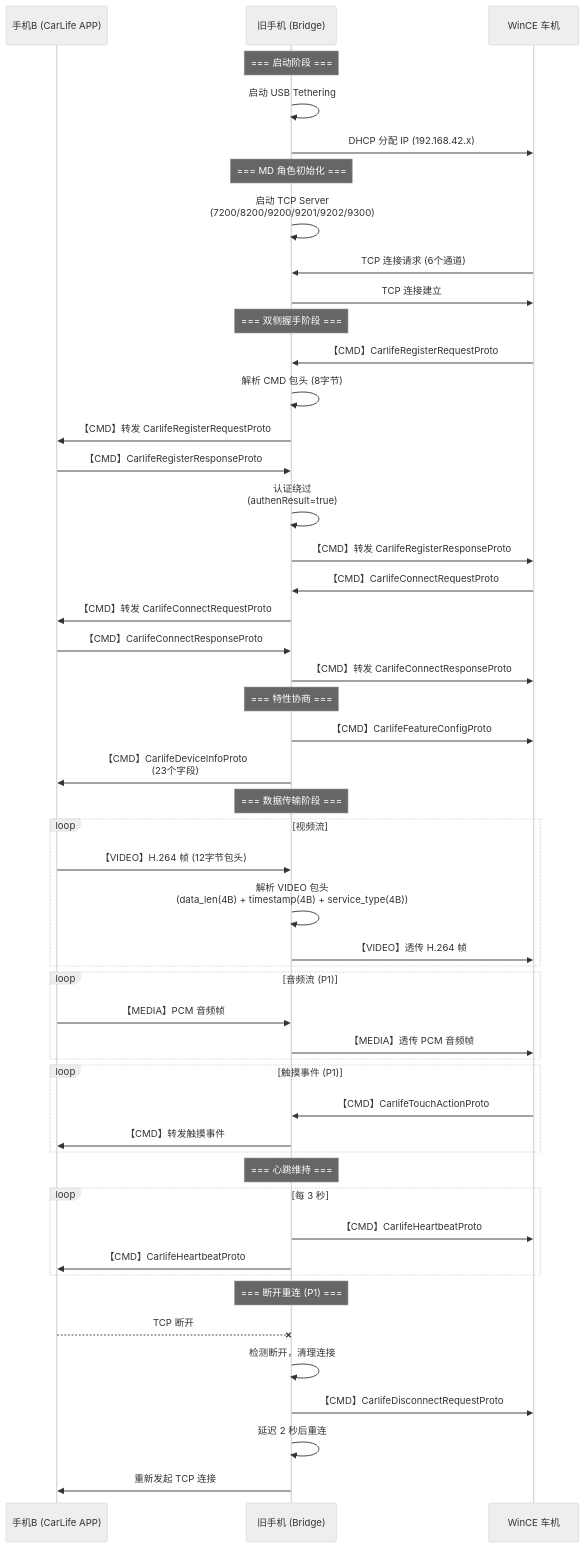
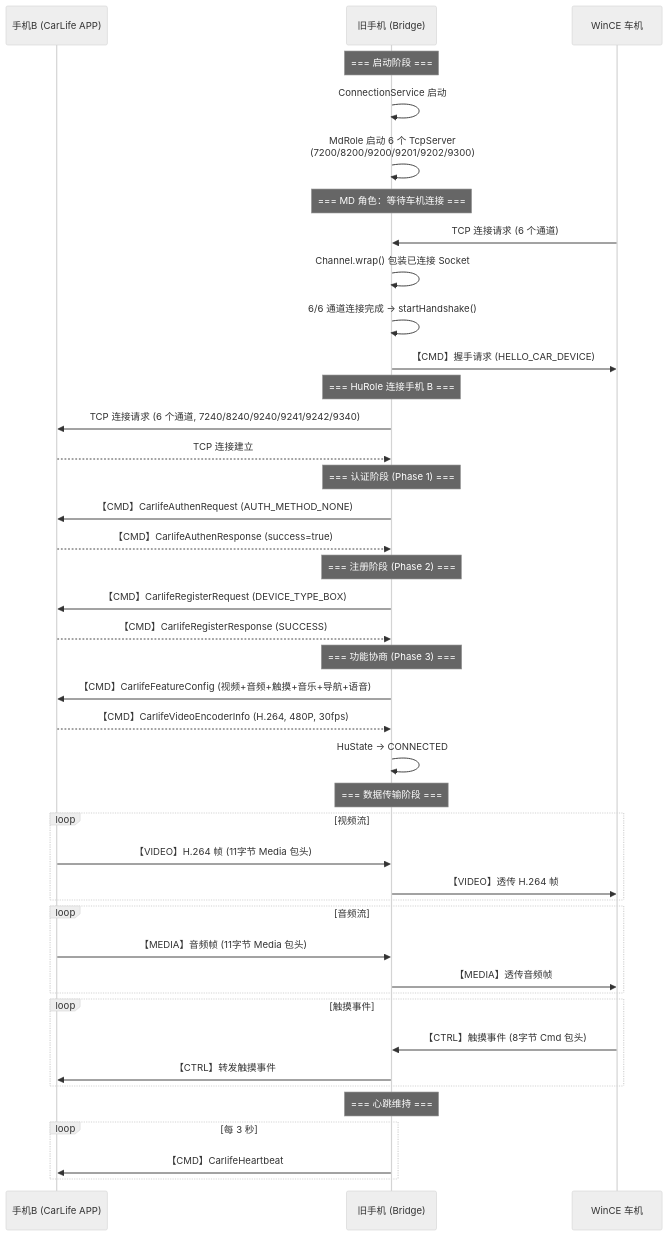
The second of 3 diagrams in docs/ARCHITECTURE.md (pitate7777777/CarLifeWirelessBox), drawn with Mermaid (neutral theme) before and after one commit. The commit also changed other lines of this file and 2 other files, not shown here.

````diff
--- a/docs/ARCHITECTURE.md
+++ b/docs/ARCHITECTURE.md
@@ -200,63 +184,54 @@
 ```mermaid
 sequenceDiagram
     participant HU as 手机B (CarLife APP)
     participant Bridge as 旧手机 (Bridge)
     participant Car as WinCE 车机
     
     Note over Bridge: === 启动阶段 ===
-    Bridge->>Bridge: 启动 USB Tethering
-    Bridge->>Car: DHCP 分配 IP (192.168.42.x)
+    Bridge->>Bridge: ConnectionService 启动
+    Bridge->>Bridge: MdRole 启动 6 个 TcpServer<br/>(7200/8200/9200/9201/9202/9300)
     
-    Note over Bridge: === MD 角色初始化 ===
-    Bridge->>Bridge: 启动 TCP Server<br/>(7200/8200/9200/9201/9202/9300)
-    Car->>Bridge: TCP 连接请求 (6个通道)
-    Bridge->>Car: TCP 连接建立
+    Note over Bridge: === MD 角色：等待车机连接 ===
+    Car->>Bridge: TCP 连接请求 (6 个通道)
+    Bridge->>Bridge: Channel.wrap() 包装已连接 Socket
+    Bridge->>Bridge: 6/6 通道连接完成 → startHandshake()
+    Bridge->>Car: 【CMD】握手请求 (HELLO_CAR_DEVICE)
     
-    Note over Bridge: === 双侧握手阶段 ===
-    Car->>Bridge: 【CMD】CarlifeRegisterRequestProto
-    Bridge->>Bridge: 解析 CMD 包头 (8字节)
-    Bridge->>HU: 【CMD】转发 CarlifeRegisterRequestProto
+    Note over Bridge: === HuRole 连接手机 B ===
+    Bridge->>HU: TCP 连接请求 (6 个通道, 7240/8240/9240/9241/9242/9340)
+    HU-->>Bridge: TCP 连接建立
     
-    HU->>Bridge: 【CMD】CarlifeRegisterResponseProto
-    Bridge->>Bridge: 认证绕过<br/>(authenResult=true)
-    Bridge->>Car: 【CMD】转发 CarlifeRegisterResponseProto
+    Note over Bridge: === 认证阶段 (Phase 1) ===
+    Bridge->>HU: 【CMD】CarlifeAuthenRequest (AUTH_METHOD_NONE)
+    HU-->>Bridge: 【CMD】CarlifeAuthenResponse (success=true)
     
-    Car->>Bridge: 【CMD】CarlifeConnectRequestProto
-    Bridge->>HU: 【CMD】转发 CarlifeConnectRequestProto
-    HU->>Bridge: 【CMD】CarlifeConnectResponseProto
-    Bridge->>Car: 【CMD】转发 CarlifeConnectResponseProto
+    Note over Bridge: === 注册阶段 (Phase 2) ===
+    Bridge->>HU: 【CMD】CarlifeRegisterRequest (DEVICE_TYPE_BOX)
+    HU-->>Bridge: 【CMD】CarlifeRegisterResponse (SUCCESS)
     
-    Note over Bridge: === 特性协商 ===
-    Bridge->>Car: 【CMD】CarlifeFeatureConfigProto
-    Bridge->>HU: 【CMD】CarlifeDeviceInfoProto<br/>(23个字段)
+    Note over Bridge: === 功能协商 (Phase 3) ===
+    Bridge->>HU: 【CMD】CarlifeFeatureConfig (视频+音频+触摸+音乐+导航+语音)
+    HU-->>Bridge: 【CMD】CarlifeVideoEncoderInfo (H.264, 480P, 30fps)
+    Bridge->>Bridge: HuState → CONNECTED
     
     Note over Bridge: === 数据传输阶段 ===
     loop 视频流
-        HU->>Bridge: 【VIDEO】H.264 帧 (12字节包头)
-        Bridge->>Bridge: 解析 VIDEO 包头<br/>(data_len(4B) + timestamp(4B) + service_type(4B))
+        HU->>Bridge: 【VIDEO】H.264 帧 (11字节 Media 包头)
         Bridge->>Car: 【VIDEO】透传 H.264 帧
     end
     
-    loop 音频流 (P1)
-        HU->>Bridge: 【MEDIA】PCM 音频帧
-        Bridge->>Car: 【MEDIA】透传 PCM 音频帧
+    loop 音频流
+        HU->>Bridge: 【MEDIA】音频帧 (11字节 Media 包头)
+        Bridge->>Car: 【MEDIA】透传音频帧
     end
     
-    loop 触摸事件 (P1)
-        Car->>Bridge: 【CMD】CarlifeTouchActionProto
-        Bridge->>HU: 【CMD】转发触摸事件
+    loop 触摸事件
+        Car->>Bridge: 【CTRL】触摸事件 (8字节 Cmd 包头)
+        Bridge->>HU: 【CTRL】转发触摸事件
     end
     
     Note over Bridge: === 心跳维持 ===
     loop 每 3 秒
-        Bridge->>Car: 【CMD】CarlifeHeartbeatProto
-        Bridge->>HU: 【CMD】CarlifeHeartbeatProto
+        Bridge->>HU: 【CMD】CarlifeHeartbeat
     end
-    
-    Note over Bridge: === 断开重连 (P1) ===
-    HU--xBridge: TCP 断开
-    Bridge->>Bridge: 检测断开，清理连接
-    Bridge->>Car: 【CMD】CarlifeDisconnectRequestProto
-    Bridge->>Bridge: 延迟 2 秒后重连
-    Bridge->>HU: 重新发起 TCP 连接
 ```
````
